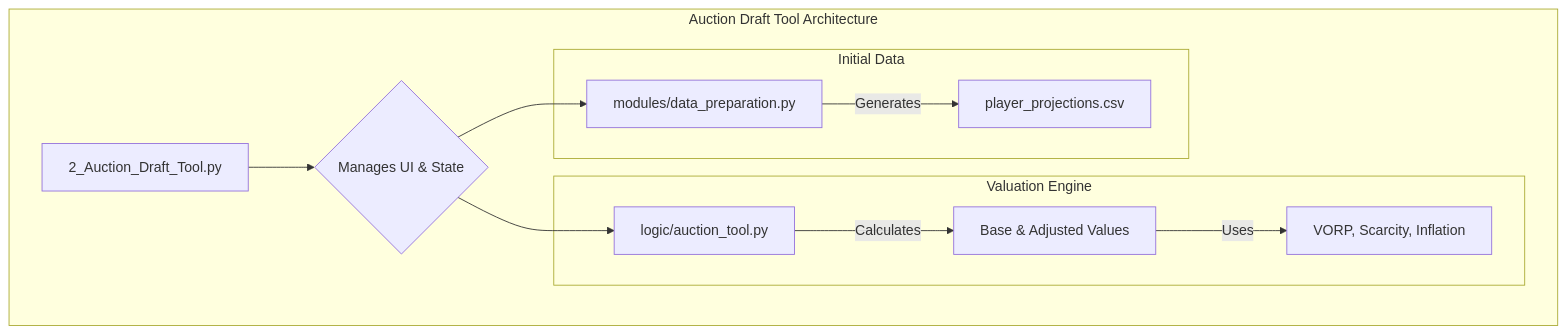
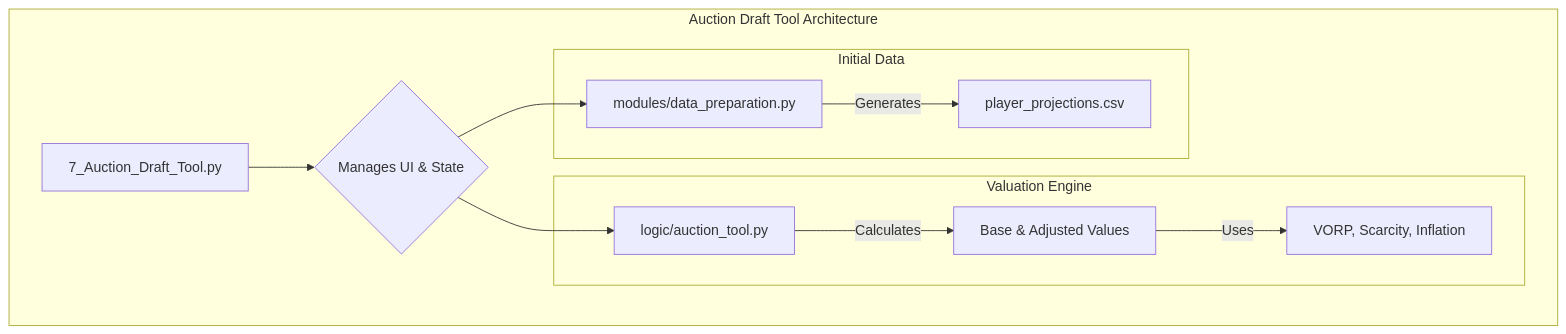
One commit to lwackahg/Fantasy-Project changed the first of 2 diagrams in CascadeProjects/windsurf-project/fantasy-trade-analyzer/plan/deep_dive/160_Feature_Deep_Dive_-_Auction_Draft_Tool.md. Above: the diagram before and after it, drawn with Mermaid. The commit also changed other lines of this file and 8 other files, not shown here.

````diff
--- a/CascadeProjects/windsurf-project/fantasy-trade-analyzer/plan/deep_dive/160_Feature_Deep_Dive_-_Auction_Draft_Tool.md
+++ b/CascadeProjects/windsurf-project/fantasy-trade-analyzer/plan/deep_dive/160_Feature_Deep_Dive_-_Auction_Draft_Tool.md
@@ -39,19 +39,19 @@
 ```mermaid
 graph TD
     subgraph "Auction Draft Tool Architecture"
-        A[2_Auction_Draft_Tool.py] --> B{Manages UI & State};
+        A[7_Auction_Draft_Tool.py] --> B{Manages UI & State};
         B --> C[logic/auction_tool.py];
 
         B --> E[modules/data_preparation.py];
 
         subgraph "Valuation Engine"
             C -- Calculates --> F[Base & Adjusted Values];
             F -- Uses --> G[VORP, Scarcity, Inflation];
         end
 
 
         subgraph "Initial Data"
             E -- Generates --> J[player_projections.csv];
         end
     end
 ```
````
